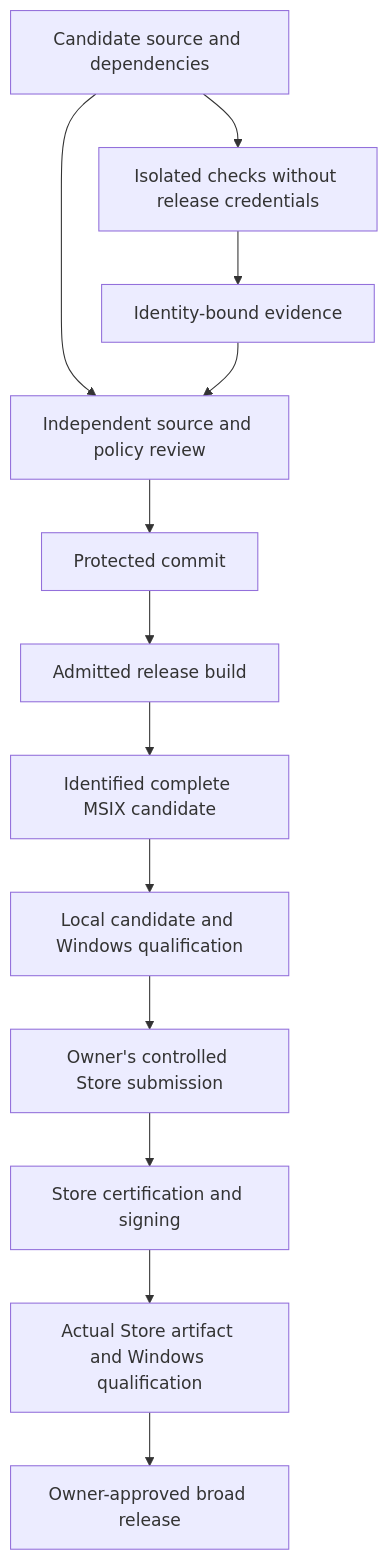
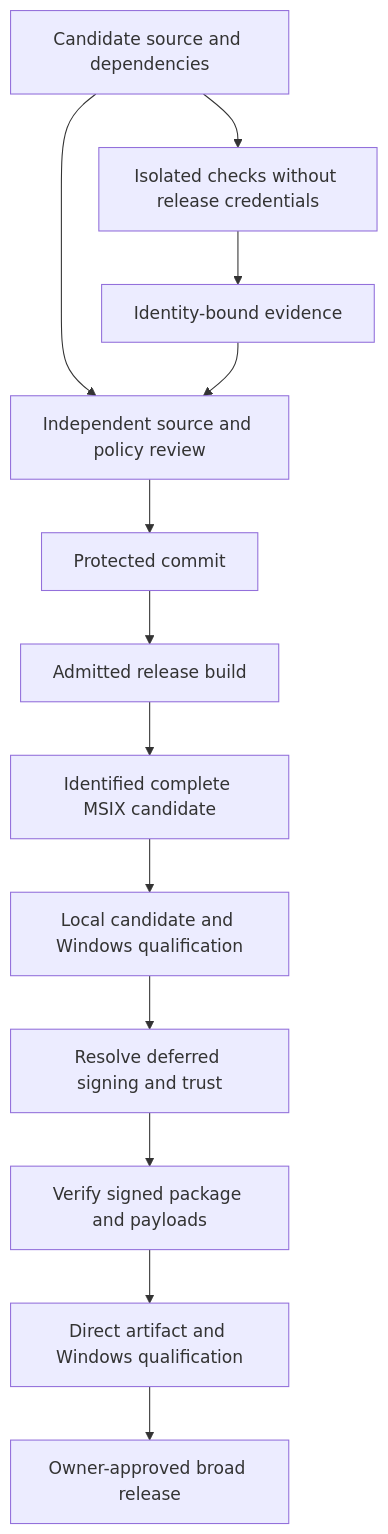
One commit to DavidOsipov/NevroTick changed the diagram in docs/windows-time-development-hardening.md. Above: the diagram before and after it, drawn with Mermaid. The commit also changed other lines of this file and 48 other files, not shown here.

First line of the commit message:
docs: select direct MSIX distribution outside Microsoft Store

````diff
--- a/docs/windows-time-development-hardening.md
+++ b/docs/windows-time-development-hardening.md
@@ -140,15 +140,15 @@
 ```mermaid
 flowchart TD
     A["Candidate source and dependencies"] --> B["Isolated checks without release credentials"]
     B --> C["Identity-bound evidence"]
     A --> D["Independent source and policy review"]
     C --> D
     D --> E["Protected commit"]
     E --> F["Admitted release build"]
     F --> G["Identified complete MSIX candidate"]
     G --> H["Local candidate and Windows qualification"]
-    H --> I["Owner's controlled Store submission"]
-    I --> J["Store certification and signing"]
-    J --> K["Actual Store artifact and Windows qualification"]
+    H --> I["Resolve deferred signing and trust"]
+    I --> J["Verify signed package and payloads"]
+    J --> K["Direct artifact and Windows qualification"]
     K --> L["Owner-approved broad release"]
 ```
````
